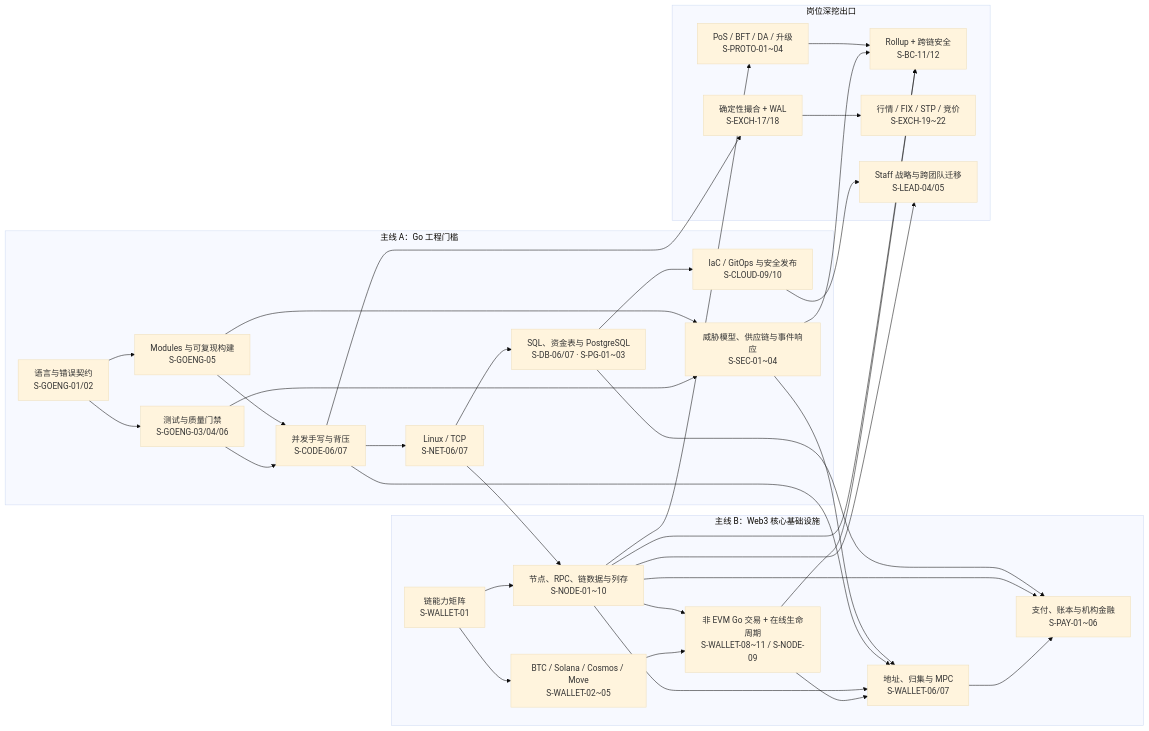
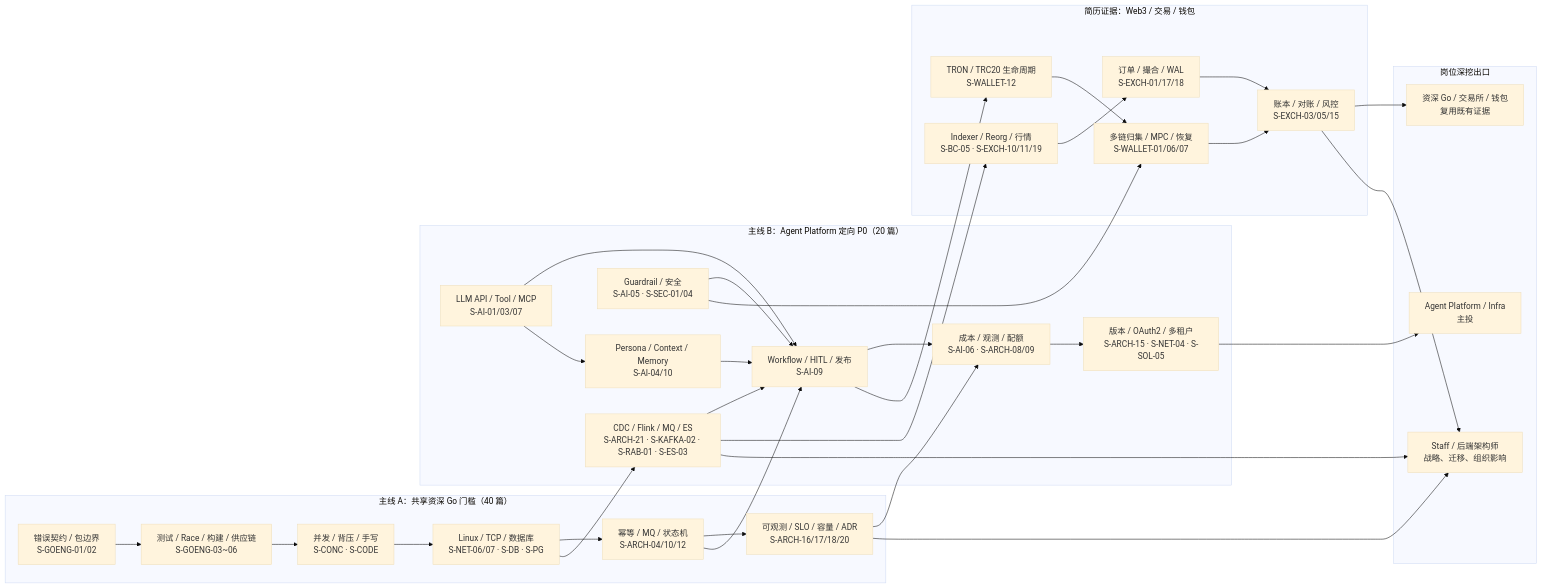
One commit to twodog-tt/Golang-development-manual changed the diagram in docs/interview/_meta/p0-knowledge-graph.md. Above: the diagram before and after it, drawn with Mermaid (base theme). The commit also changed other lines of this file and 26 other files, not shown here.

Commit message:
docs: align P0 knowledge graph with resume

````diff
--- a/docs/interview/_meta/p0-knowledge-graph.md
+++ b/docs/interview/_meta/p0-knowledge-graph.md
@@ -9,61 +11,59 @@
 ```mermaid
 flowchart LR
-  subgraph A["主线 A：Go 工程门槛"]
-    A1["语言与错误契约<br/>S-GOENG-01/02"]
-    A2["测试与质量门禁<br/>S-GOENG-03/04/06"]
-    A3["Modules 与可复现构建<br/>S-GOENG-05"]
-    A4["并发手写与背压<br/>S-CODE-06/07"]
-    A5["Linux / TCP<br/>S-NET-06/07"]
-    A6["SQL、资金表与 PostgreSQL<br/>S-DB-06/07 · S-PG-01~03"]
-    A7["威胁模型、供应链与事件响应<br/>S-SEC-01~04"]
-    A8["IaC / GitOps 与安全发布<br/>S-CLOUD-09/10"]
-    A1 --> A2
-    A1 --> A3
-    A2 --> A4
-    A3 --> A4
-    A4 --> A5
-    A5 --> A6
-    A6 --> A8
-    A2 --> A7
-    A3 --> A7
+  subgraph A["主线 A：共享资深 Go 门槛（40 篇）"]
+    A1["错误契约 / 包边界<br/>S-GOENG-01/02"]
+    A2["测试 / Race / 构建 / 供应链<br/>S-GOENG-03~06"]
+    A3["并发 / 背压 / 手写<br/>S-CONC · S-CODE"]
+    A4["Linux / TCP / 数据库<br/>S-NET-06/07 · S-DB · S-PG"]
+    A5["幂等 / MQ / 状态机<br/>S-ARCH-04/10/12"]
+    A6["可观测 / SLO / 容量 / ADR<br/>S-ARCH-16/17/18/20"]
+    A1 --> A2 --> A3 --> A4 --> A5 --> A6
   end
 
-  subgraph B["主线 B：Web3 核心基础设施"]
-    B1["链能力矩阵<br/>S-WALLET-01"]
-    B2["BTC / Solana / Cosmos / Move<br/>S-WALLET-02~05"]
-    B3["非 EVM Go 交易 + 在线生命周期<br/>S-WALLET-08~11 / S-NODE-09"]
-    B4["地址、归集与 MPC<br/>S-WALLET-06/07"]
-    B5["支付、账本与机构金融<br/>S-PAY-01~06"]
-    B6["节点、RPC、链数据与列存<br/>S-NODE-01~10"]
+  subgraph B["主线 B：Agent Platform 定向 P0（20 篇）"]
+    B1["LLM API / Tool / MCP<br/>S-AI-01/03/07"]
+    B2["Workflow / HITL / 发布<br/>S-AI-09"]
+    B3["Persona / Context / Memory<br/>S-AI-04/10"]
+    B4["Guardrail / 安全<br/>S-AI-05 · S-SEC-01/04"]
+    B5["成本 / 观测 / 配额<br/>S-AI-06 · S-ARCH-08/09"]
+    B6["版本 / OAuth2 / 多租户<br/>S-ARCH-15 · S-NET-04 · S-SOL-05"]
+    B7["CDC / Flink / MQ / ES<br/>S-ARCH-21 · S-KAFKA-02 · S-RAB-01 · S-ES-03"]
     B1 --> B2
-    B2 --> B3
-    B3 --> B4
-    B4 --> B5
-    B1 --> B6
-    B6 --> B3
-    B6 --> B4
-    B6 --> B5
+    B1 --> B3
+    B3 --> B2
+    B4 --> B2
+    B2 --> B5
+    B5 --> B6
+    B7 --> B2
   end
 
-  subgraph C["岗位深挖出口"]
-    C1["确定性撮合 + WAL<br/>S-EXCH-17/18"]
-    C2["Rollup + 跨链安全<br/>S-BC-11/12"]
-    C3["PoS / BFT / DA / 升级<br/>S-PROTO-01~04"]
-    C4["行情 / FIX / STP / 竞价<br/>S-EXCH-19~22"]
-    C5["Staff 战略与跨团队迁移<br/>S-LEAD-04/05"]
+  subgraph C["简历证据：Web3 / 交易 / 钱包"]
+    C1["TRON / TRC20 生命周期<br/>S-WALLET-12"]
+    C2["多链归集 / MPC / 恢复<br/>S-WALLET-01/06/07"]
+    C3["Indexer / Reorg / 行情<br/>S-BC-05 · S-EXCH-10/11/19"]
+    C4["订单 / 撮合 / WAL<br/>S-EXCH-01/17/18"]
+    C5["账本 / 对账 / 风控<br/>S-EXCH-03/05/15"]
+    C1 --> C2
+    C2 --> C5
+    C3 --> C4
+    C4 --> C5
   end
 
-  A4 --> B4
-  A7 --> B4
-  A7 --> C2
-  A4 --> C1
-  A5 --> B6
+  subgraph D["岗位深挖出口"]
+    D1["Agent Platform / Infra<br/>主投"]
+    D2["资深 Go / 交易所 / 钱包<br/>复用既有证据"]
+    D3["Staff / 后端架构师<br/>战略、迁移、组织影响"]
+  end
+
+  A5 --> B2
   A6 --> B5
-  A8 --> C5
-  B3 --> C2
-  B6 --> C2
-  B6 --> C3
-  B6 --> C5
-  C1 --> C4
-  C3 --> C2
+  A4 --> B7
+  B2 --> C1
+  B4 --> C2
+  B7 --> C3
+  B6 --> D1
+  C5 --> D2
+  A6 --> D3
+  B7 --> D3
+  C5 --> D3
 ```
````
